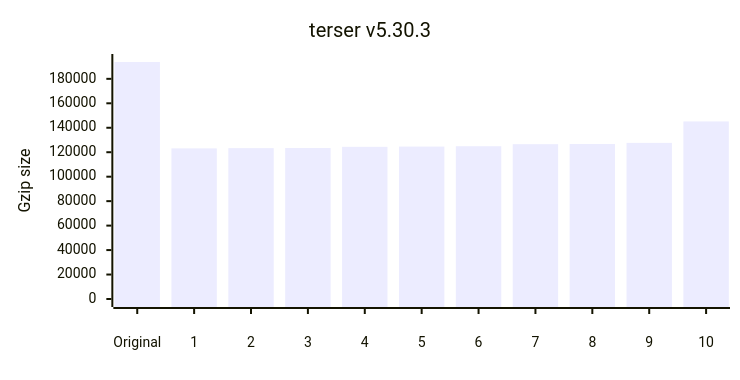
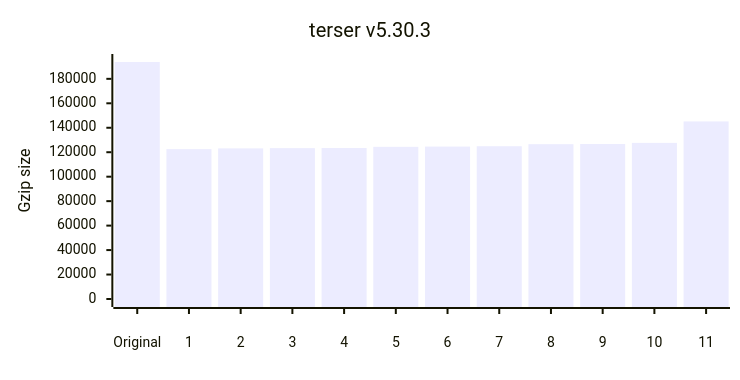
The seventh of 12 diagrams in README.md (privatenumber/minification-benchmarks), drawn with Mermaid before and after one commit. The commit also changed other lines of this file and 1 other file, not shown here.

````diff
--- a/README.md
+++ b/README.md
@@ -303,17 +310,17 @@
 ```mermaid
 ---
 config:
     xyChart:
         width: 720
         height: 360
         xAxis:
             labelPadding: 20
         yAxis:
             labelPadding: 10
 ---
 xychart-beta
 	title "terser v5.30.3"
-	x-axis ["Original",1,2,3,4,5,6,7,8,9,10]
+	x-axis ["Original",1,2,3,4,5,6,7,8,9,10,11]
 	y-axis "Gzip size" 0 --> 193763
-	bar [193763,123127,123334,123482,124428,124609,124897,126562,126707,127653,145178]
+	bar [193763,122546,123127,123334,123482,124428,124609,124897,126562,126707,127653,145178]
 ```
````
